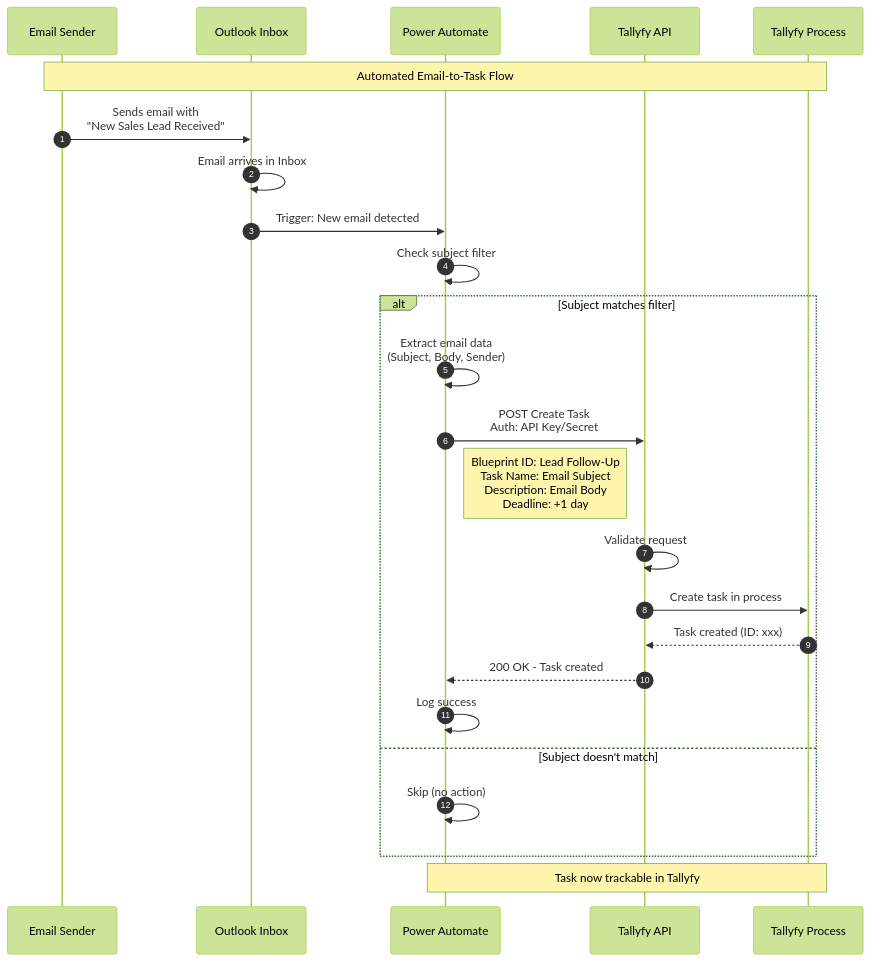
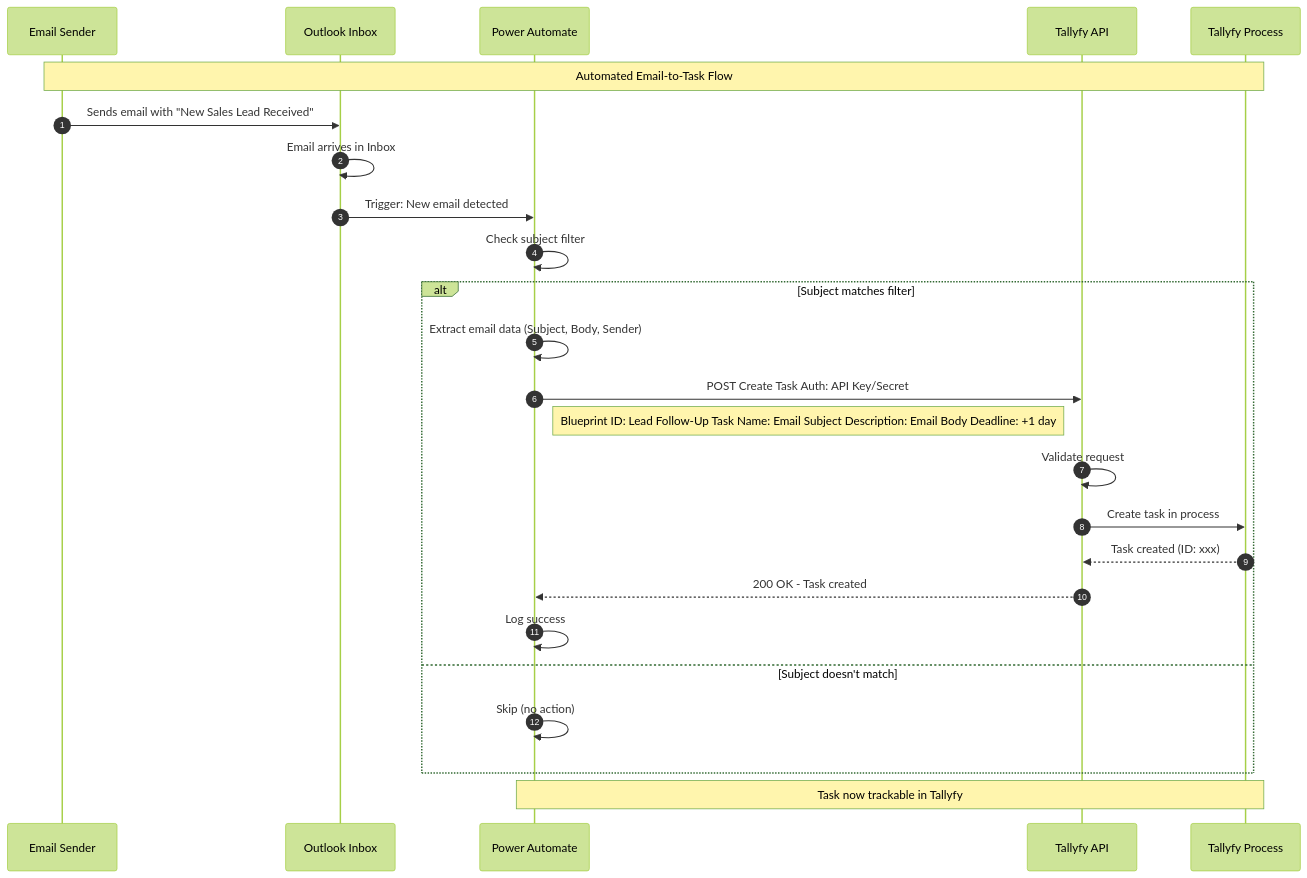
One commit to tallyfy/documentation changed the diagram in src/content/docs/pro/integrations/middleware/power-automate/creating-your-first-flow-in-power-automate.mdx. Above: the diagram before and after it, drawn with Mermaid (forest theme). The commit also changed 46 other files, not shown here.

Commit message:
Update Mermaid notation

````diff
--- a/src/content/docs/pro/integrations/middleware/power-automate/creating-your-first-flow-in-power-automate.mdx
+++ b/src/content/docs/pro/integrations/middleware/power-automate/creating-your-first-flow-in-power-automate.mdx
@@ -38,35 +38,35 @@
 ```mermaid
 sequenceDiagram
-    autonumber
-    participant E as Email Sender
-    participant O as Outlook Inbox
-    participant PA as Power Automate
-    participant T as Tallyfy API
-    participant TP as Tallyfy Process
-    
-    Note over E,TP: Automated Email-to-Task Flow
-    
-    E->>O: Sends email with<br/>"New Sales Lead Received"
-    O->>O: Email arrives in Inbox
-    
-    O->>PA: Trigger: New email detected
-    PA->>PA: Check subject filter
-    
-    alt Subject matches filter
-        PA->>PA: Extract email data<br/>(Subject, Body, Sender)
-        
-        PA->>T: POST Create Task<br/>Auth: API Key/Secret
-        Note right of PA: Blueprint ID: Lead Follow-Up<br/>Task Name: Email Subject<br/>Description: Email Body<br/>Deadline: +1 day
-        
-        T->>T: Validate request
-        T->>TP: Create task in process
-        TP-->>T: Task created (ID: xxx)
-        T-->>PA: 200 OK - Task created
-        
-        PA->>PA: Log success
-    else Subject doesn't match
-        PA->>PA: Skip (no action)
-    end
-    
-    Note over PA,TP: Task now trackable in Tallyfy
+ autonumber
+ participant E as Email Sender
+ participant O as Outlook Inbox
+ participant PA as Power Automate
+ participant T as Tallyfy API
+ participant TP as Tallyfy Process
+ 
+ Note over E,TP: Automated Email-to-Task Flow
+ 
+ E->>O: Sends email with "New Sales Lead Received"
+ O->>O: Email arrives in Inbox
+ 
+ O->>PA: Trigger: New email detected
+ PA->>PA: Check subject filter
+ 
+ alt Subject matches filter
+ PA->>PA: Extract email data (Subject, Body, Sender)
+ 
+ PA->>T: POST Create Task Auth: API Key/Secret
+ Note right of PA: Blueprint ID: Lead Follow-Up Task Name: Email Subject Description: Email Body Deadline: +1 day
+ 
+ T->>T: Validate request
+ T->>TP: Create task in process
+ TP-->>T: Task created (ID: xxx)
+ T-->>PA: 200 OK - Task created
+ 
+ PA->>PA: Log success
+ else Subject doesn't match
+ PA->>PA: Skip (no action)
+ end
+ 
+ Note over PA,TP: Task now trackable in Tallyfy
 ```
````
